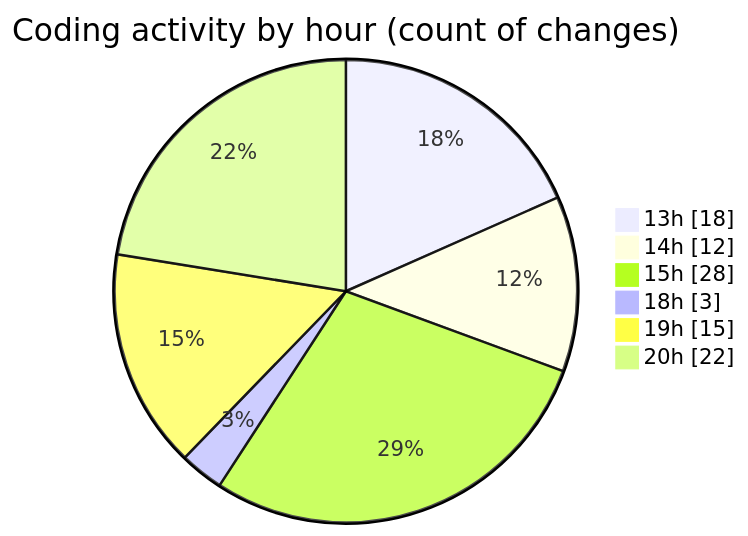
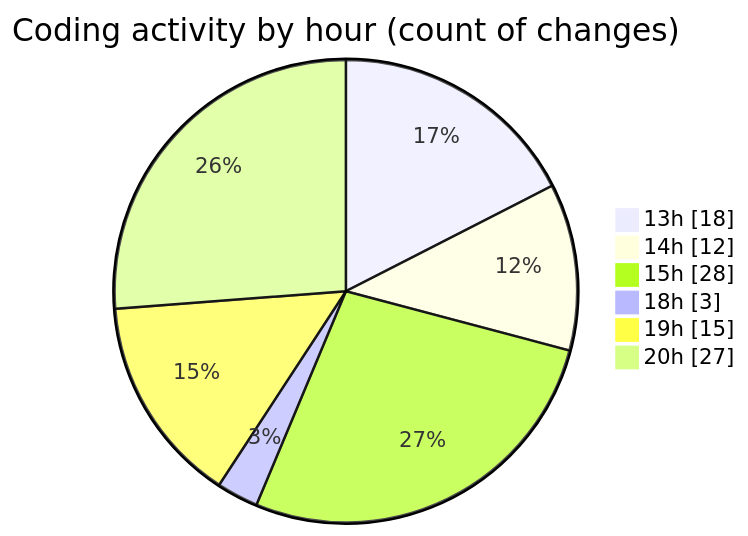
One commit to idhammustaqopulfikri/code-tracking changed the second of 2 diagrams in 2025-06-16/studio-backend/README.md. Above: the diagram before and after it, drawn with Mermaid. The commit also changed other lines of this file and 1 other file, not shown here.

````diff
--- a/2025-06-16/studio-backend/README.md
+++ b/2025-06-16/studio-backend/README.md
@@ -45,10 +45,10 @@
 ```mermaid
 pie showData
 title Coding activity by hour (count of changes)
 "13h" : 18
 "14h" : 12
 "15h" : 28
 "18h" : 3
 "19h" : 15
-"20h" : 22
+"20h" : 27
 ```
````
